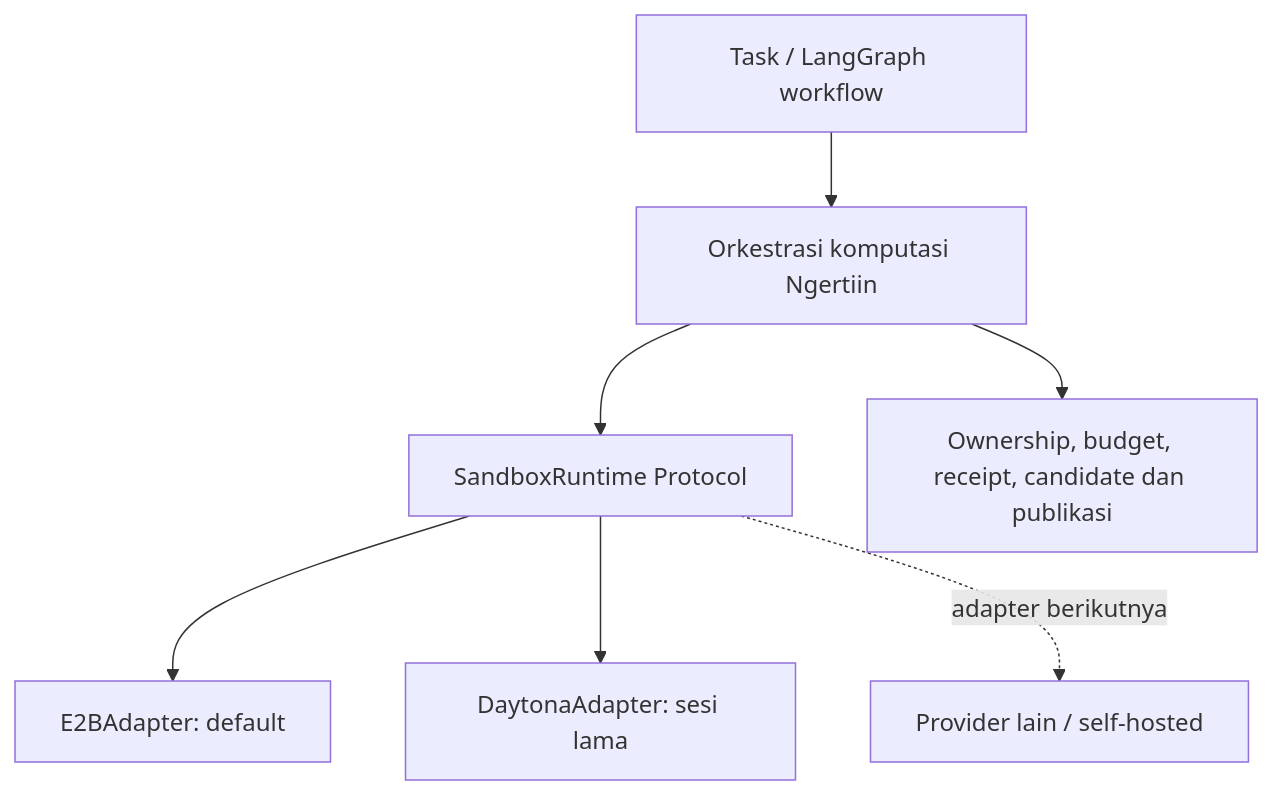
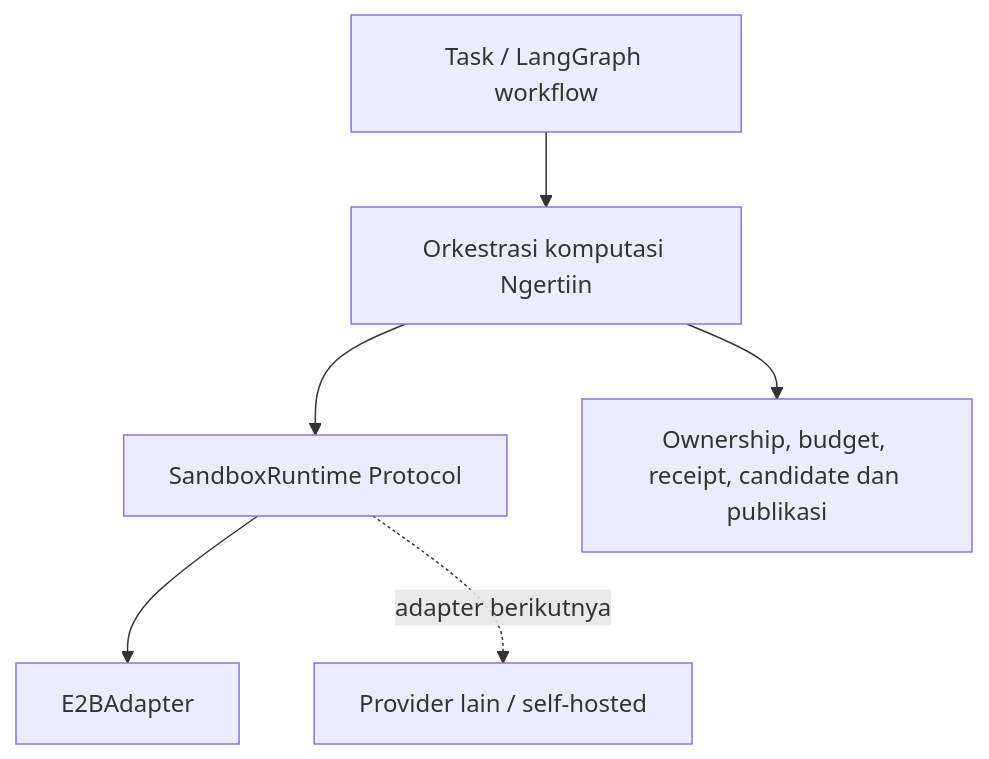
One commit to manikandareas/ngerti.in changed the diagram in docs/engineering/sandbox-runtime.md. Above: the diagram before and after it, drawn with Mermaid. The commit also changed other lines of this file and 99 other files, not shown here.

````diff
--- a/docs/engineering/sandbox-runtime.md
+++ b/docs/engineering/sandbox-runtime.md
@@ -5,9 +5,8 @@
 ```mermaid
 flowchart TD
   Task["Task / LangGraph workflow"] --> Compute["Orkestrasi komputasi Ngertiin"]
   Compute --> Contract["SandboxRuntime Protocol"]
-  Contract --> E2B["E2BAdapter: default"]
-  Contract --> Daytona["DaytonaAdapter: sesi lama"]
+  Contract --> E2B["E2BAdapter"]
   Contract -. "adapter berikutnya" .-> Other["Provider lain / self-hosted"]
   Compute --> Domain["Ownership, budget, receipt, candidate dan publikasi"]
 ```
````
